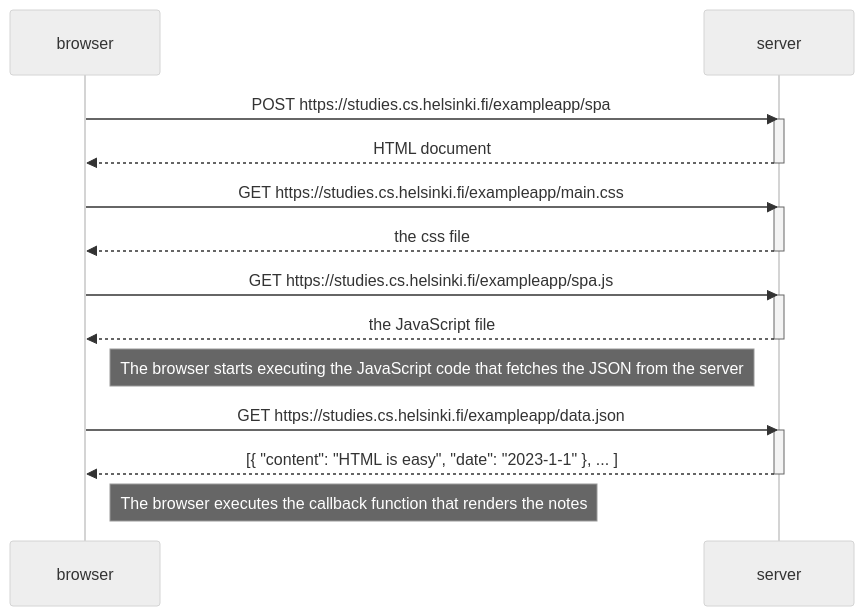
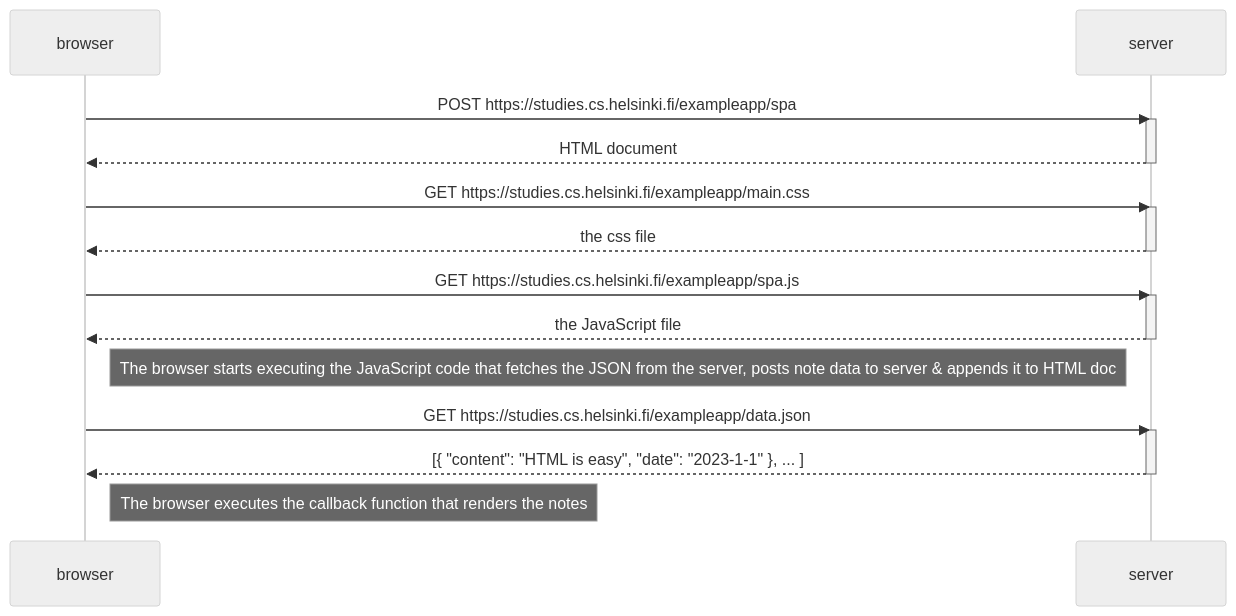
The diagram in part0/part0.5.md (hewmax2001/FullStackOpenExcercises), drawn with Mermaid (neutral theme) before and after one commit.

Commit message:
Updated 0.5 text

````diff
--- a/part0/part0.5.md
+++ b/part0/part0.5.md
@@ -1,29 +1,29 @@
 ```mermaid
 sequenceDiagram
     participant browser
     participant server
 
     browser->>server: POST https://studies.cs.helsinki.fi/exampleapp/spa
     activate server
     server-->>browser: HTML document
     deactivate server
 
     browser->>server: GET https://studies.cs.helsinki.fi/exampleapp/main.css
     activate server
     server-->>browser: the css file
     deactivate server
 
     browser->>server: GET https://studies.cs.helsinki.fi/exampleapp/spa.js
     activate server
     server-->>browser: the JavaScript file
     deactivate server
 
-    Note right of browser: The browser starts executing the JavaScript code that fetches the JSON from the server
+    Note right of browser: The browser starts executing the JavaScript code that fetches the JSON from the server, posts note data to server & appends it to HTML doc
 
     browser->>server: GET https://studies.cs.helsinki.fi/exampleapp/data.json
     activate server
     server-->>browser: [{ "content": "HTML is easy", "date": "2023-1-1" }, ... ]
     deactivate server
 
     Note right of browser: The browser executes the callback function that renders the notes
 ```
````
